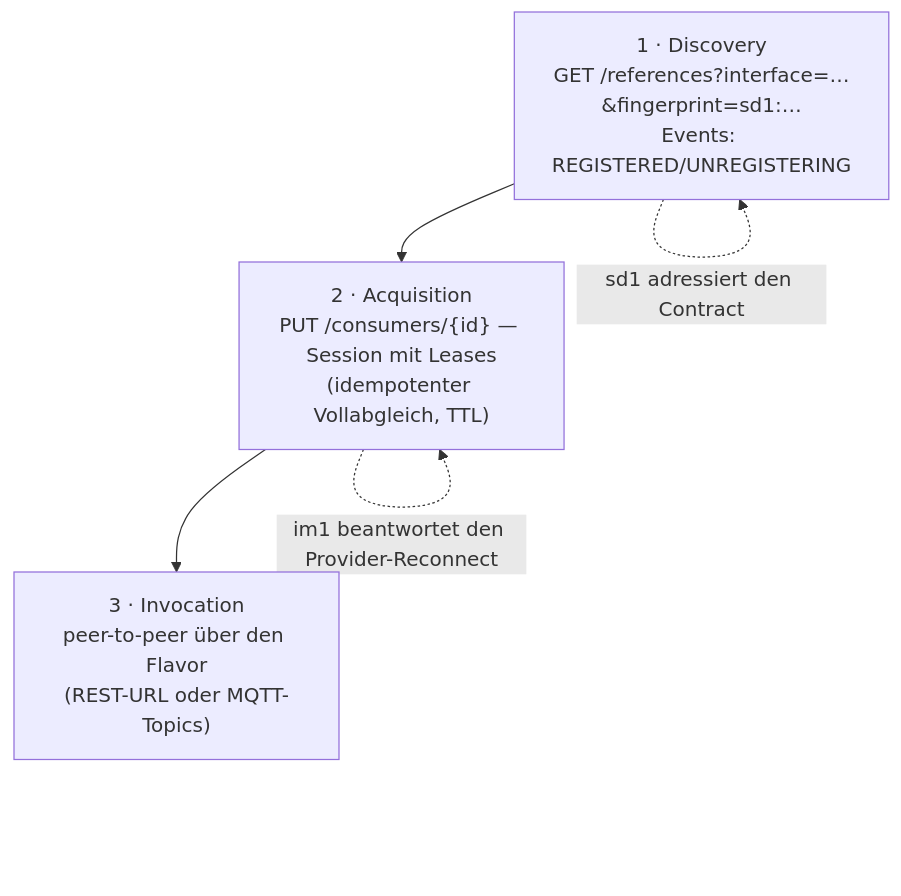
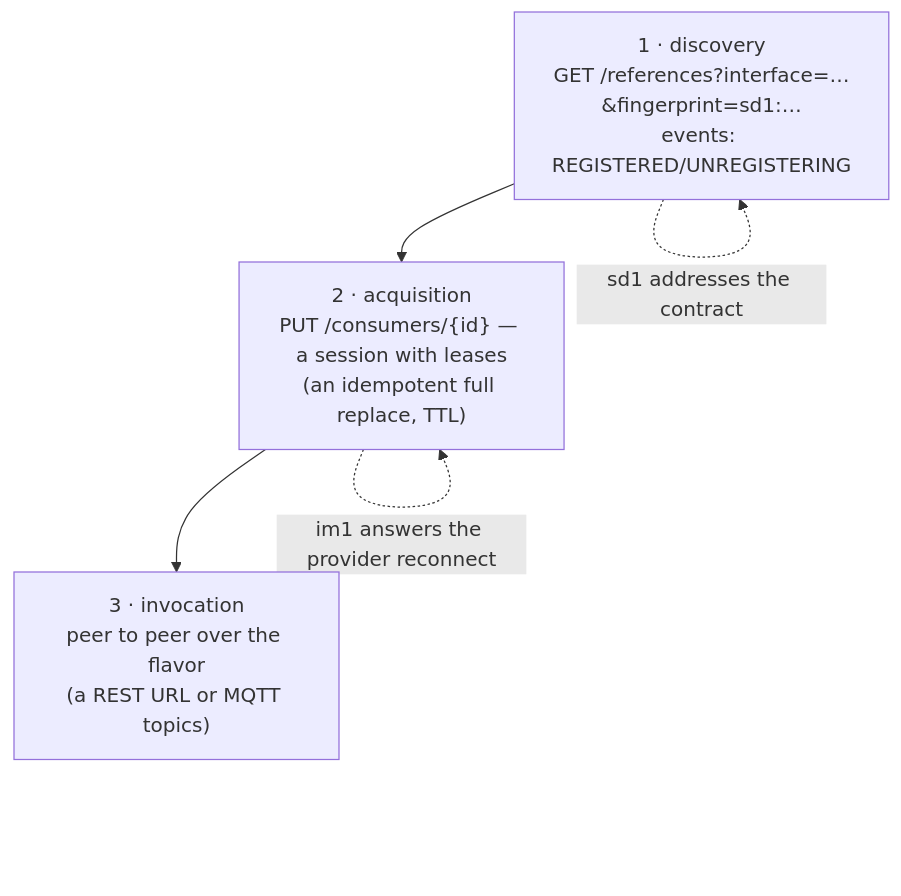
One commit to eclipse-fennec/emf.services changed the third of 3 diagrams in docs/ARCHITECTURE.md. Above: the diagram before and after it, drawn with Mermaid. The commit also changed other lines of this file and 5 other files, not shown here.

````diff
--- a/docs/ARCHITECTURE.md
+++ b/docs/ARCHITECTURE.md
@@ -70,9 +70,9 @@
 ```mermaid
 flowchart TD
-  D["1 · Discovery<br/>GET /references?interface=…&fingerprint=sd1:…<br/>Events: REGISTERED/UNREGISTERING"]
-  A["2 · Acquisition<br/>PUT /consumers/{id} — Session mit Leases<br/>(idempotenter Vollabgleich, TTL)"]
-  I["3 · Invocation<br/>peer-to-peer über den Flavor<br/>(REST-URL oder MQTT-Topics)"]
+  D["1 · discovery<br/>GET /references?interface=…&fingerprint=sd1:…<br/>events: REGISTERED/UNREGISTERING"]
+  A["2 · acquisition<br/>PUT /consumers/{id} — a session with leases<br/>(an idempotent full replace, TTL)"]
+  I["3 · invocation<br/>peer to peer over the flavor<br/>(a REST URL or MQTT topics)"]
   D --> A --> I
-  D -. "sd1 adressiert den Contract" .-> D
-  A -. "im1 beantwortet den Provider-Reconnect" .-> A
+  D -. "sd1 addresses the contract" .-> D
+  A -. "im1 answers the provider reconnect" .-> A
 ```
````
